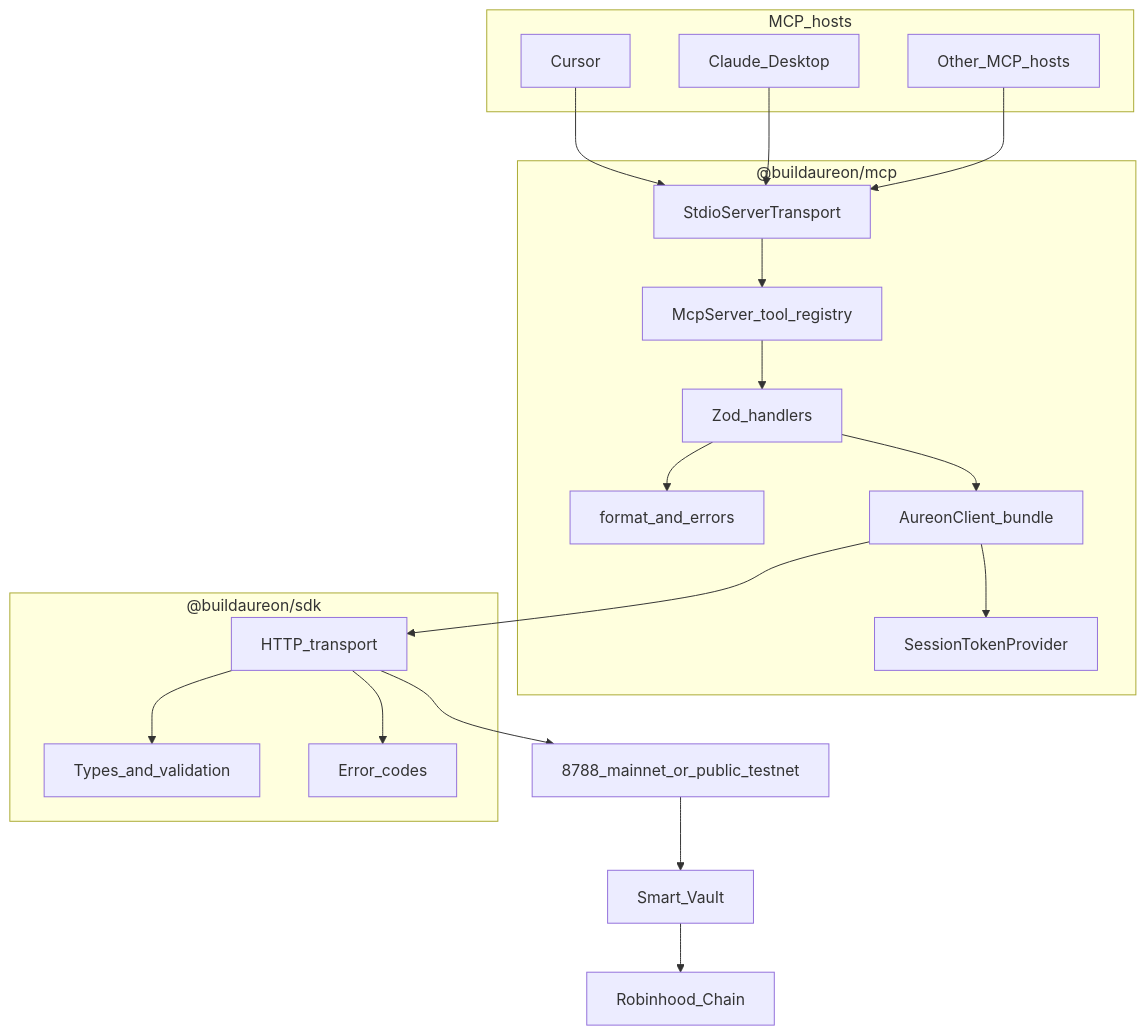
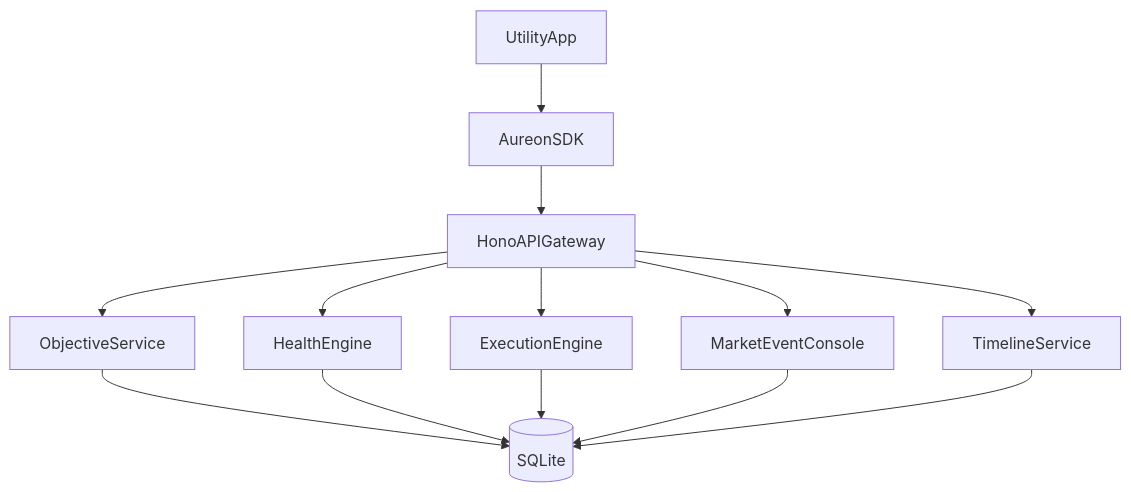
One commit to buildaureon/aureon-mcp changed the first of 36 diagrams in docs/architecture.md. Above: the diagram before and after it, drawn with Mermaid. The commit also changed other lines of this file, not shown here.

Commit message:
docs: align architecture with official API

````diff
--- a/docs/architecture.md
+++ b/docs/architecture.md
@@ -35,42 +11,24 @@
 ```mermaid
-flowchart TB
-  subgraph hosts [MCP_hosts]
-    Cursor[Cursor]
-    Claude[Claude_Desktop]
-    Other[Other_MCP_hosts]
-  end
+flowchart TD
+  Utility[UtilityApp]
+  SDK[AureonSDK]
+  API[HonoAPIGateway]
+  Obj[ObjectiveService]
+  Health[HealthEngine]
+  Exec[ExecutionEngine]
+  Market[MarketEventConsole]
+  Timeline[TimelineService]
+  DB[(SQLite)]
 
-  subgraph mcpPkg ["@buildaureon/mcp"]
-    Stdio[StdioServerTransport]
-    Registry[McpServer_tool_registry]
-    Handlers[Zod_handlers]
-    Format[format_and_errors]
-    Session[SessionTokenProvider]
-    Client[AureonClient_bundle]
-  end
-
-  subgraph sdkPkg ["@buildaureon/sdk"]
-    HTTP[HTTP_transport]
-    Types[Types_and_validation]
-    ErrModel[Error_codes]
-  end
-
-  API[8788_mainnet_or_public_testnet]
-  Vault[Smart_Vault]
-  Chain[Robinhood_Chain]
-
-  Cursor --> Stdio
-  Claude --> Stdio
-  Other --> Stdio
-  Stdio --> Registry
-  Registry --> Handlers
-  Handlers --> Format
-  Handlers --> Client
-  Client --> Session
-  Client --> HTTP
-  HTTP --> Types
-  HTTP --> ErrModel
-  HTTP --> API
-  API --> Vault
-  Vault --> Chain
+  Utility --> SDK --> API
+  API --> Obj
+  API --> Health
+  API --> Exec
+  API --> Market
+  API --> Timeline
+  Obj --> DB
+  Health --> DB
+  Exec --> DB
+  Market --> DB
+  Timeline --> DB
 ```
````
